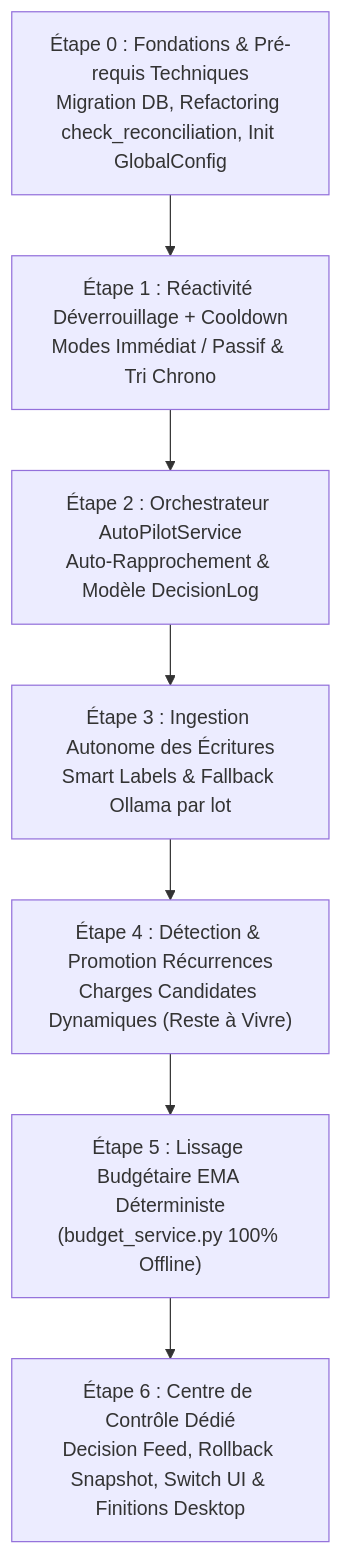
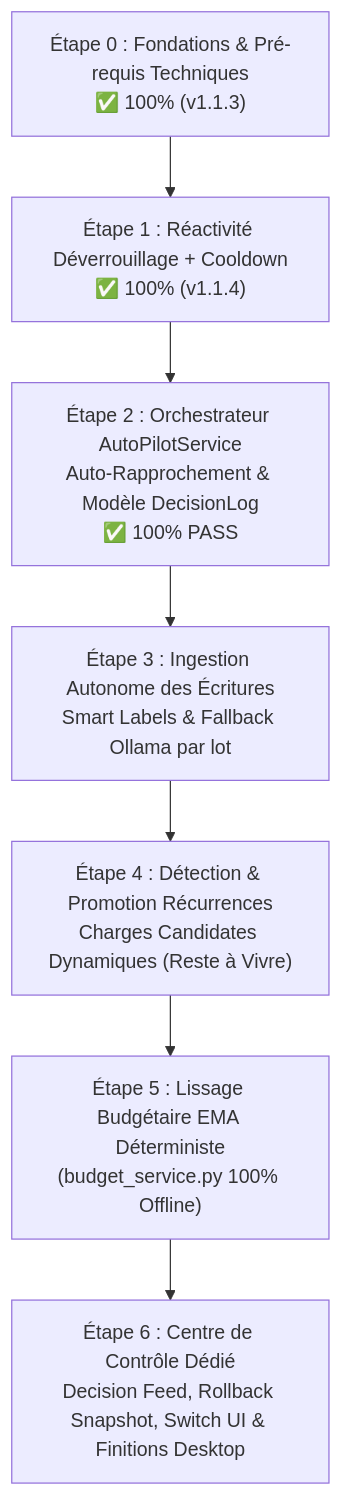
One commit to Aschefr/OmniBank-Local changed the diagram in docs/AUTO_PILOT_ROADMAP.md. Above: the diagram before and after it, drawn with Mermaid. The commit also changed other lines of this file and 17 other files, not shown here.

Commit message:
feat: smart 2FA requalification for bank sync and Auto-Pilot Stage 2 foundation

````diff
--- a/docs/AUTO_PILOT_ROADMAP.md
+++ b/docs/AUTO_PILOT_ROADMAP.md
@@ -467,9 +452,9 @@
 ```mermaid
 graph TD
-    Z["Étape 0 : Fondations & Pré-requis Techniques<br/>Migration DB, Refactoring check_reconciliation, Init GlobalConfig"] --> A["Étape 1 : Réactivité Déverrouillage + Cooldown<br/>Modes Immédiat / Passif & Tri Chrono"]
-    A --> B["Étape 2 : Orchestrateur AutoPilotService<br/>Auto-Rapprochement & Modèle DecisionLog"]
+    Z["Étape 0 : Fondations & Pré-requis Techniques<br/>✅ 100% (v1.1.3)"] --> A["Étape 1 : Réactivité Déverrouillage + Cooldown<br/>✅ 100% (v1.1.4)"]
+    A --> B["Étape 2 : Orchestrateur AutoPilotService<br/>Auto-Rapprochement & Modèle DecisionLog<br/>✅ 100% PASS"]
     B --> C["Étape 3 : Ingestion Autonome des Écritures<br/>Smart Labels & Fallback Ollama par lot"]
     C --> D["Étape 4 : Détection & Promotion Récurrences<br/>Charges Candidates Dynamiques (Reste à Vivre)"]
     D --> E["Étape 5 : Lissage Budgétaire EMA Déterministe<br/>(budget_service.py 100% Offline)"]
     E --> F["Étape 6 : Centre de Contrôle Dédié<br/>Decision Feed, Rollback Snapshot, Switch UI & Finitions Desktop"]
 ```
````
